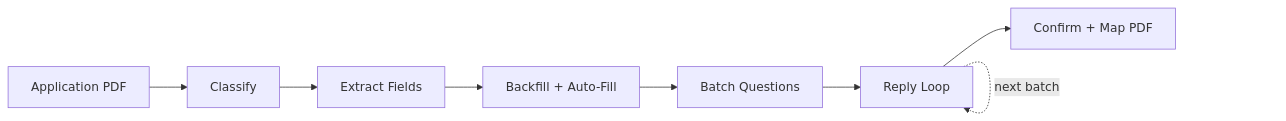
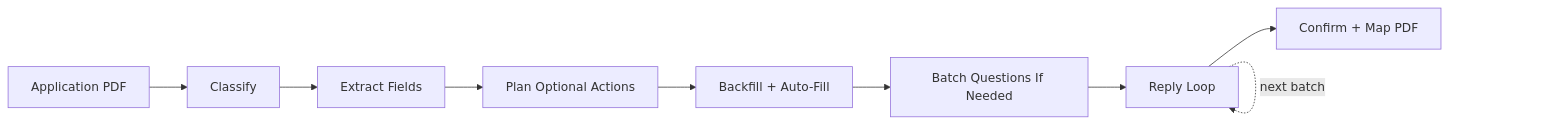
Before and after one commit to claritylabs-inc/cl-sdk: the third of 3 diagrams in docs-pkg/getting-started/architecture.mdx, drawn with Mermaid. The commit also changed other lines of this file and 12 other files, not shown here.

````diff
--- a/docs-pkg/getting-started/architecture.mdx
+++ b/docs-pkg/getting-started/architecture.mdx
@@ -102,10 +117,11 @@
 ```mermaid
 flowchart LR
   PDF[Application PDF] --> C[Classify]
   C --> E[Extract Fields]
-  E --> AF[Backfill + Auto-Fill]
-  AF --> B[Batch Questions]
+  E --> P[Plan Optional Actions]
+  P --> AF[Backfill + Auto-Fill]
+  AF --> B[Batch Questions If Needed]
   B --> RL[Reply Loop]
   RL --> CF[Confirm + Map PDF]
   RL -.->|next batch| RL
 ```
````
